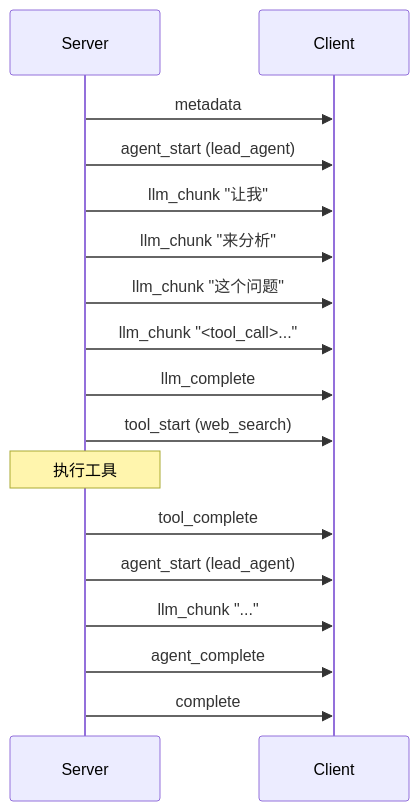
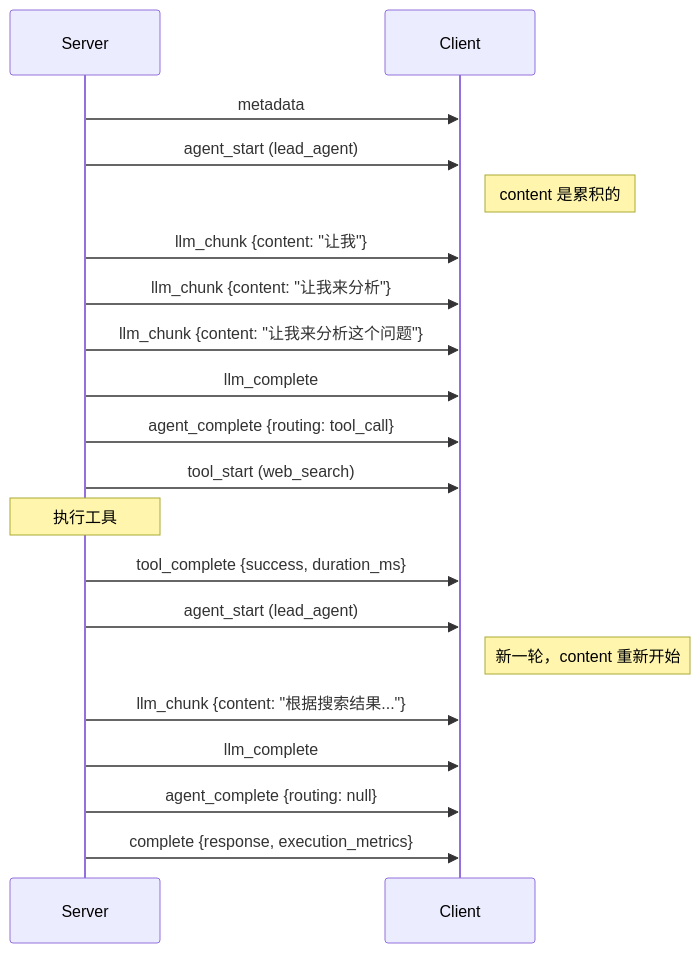
The second of 3 diagrams in docs/streaming.md (Neutrino1998/artifact-flow), drawn with Mermaid before and after one commit. The commit also changed other lines of this file and 3 other files, not shown here.

````diff
--- a/docs/streaming.md
+++ b/docs/streaming.md
@@ -58,23 +60,26 @@
 ```mermaid
 sequenceDiagram
     participant S as Server
     participant C as Client
 
     S->>C: metadata
     S->>C: agent_start (lead_agent)
-    S->>C: llm_chunk "让我"
-    S->>C: llm_chunk "来分析"
-    S->>C: llm_chunk "这个问题"
-    S->>C: llm_chunk "<tool_call>..."
+    Note right of C: content 是累积的
+    S->>C: llm_chunk {content: "让我"}
+    S->>C: llm_chunk {content: "让我来分析"}
+    S->>C: llm_chunk {content: "让我来分析这个问题"}
     S->>C: llm_complete
+    S->>C: agent_complete {routing: tool_call}
 
     S->>C: tool_start (web_search)
     Note over S: 执行工具
-    S->>C: tool_complete
+    S->>C: tool_complete {success, duration_ms}
 
     S->>C: agent_start (lead_agent)
-    S->>C: llm_chunk "..."
-    S->>C: agent_complete
+    Note right of C: 新一轮，content 重新开始
+    S->>C: llm_chunk {content: "根据搜索结果..."}
+    S->>C: llm_complete
+    S->>C: agent_complete {routing: null}
 
-    S->>C: complete
+    S->>C: complete {response, execution_metrics}
 ```
````
